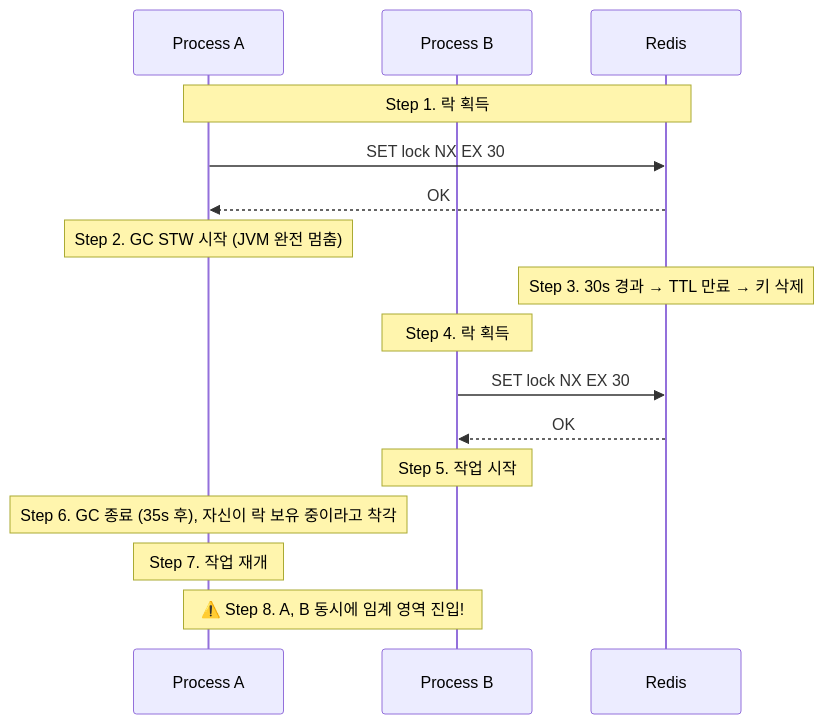
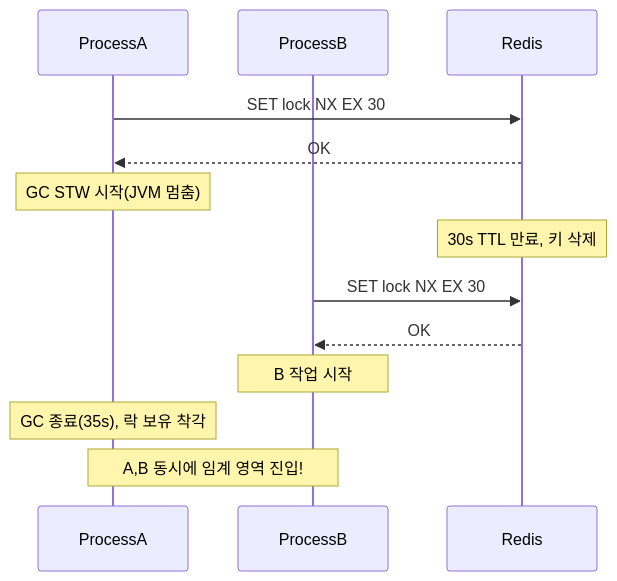
Before and after one commit to yjkim2015/yjkim2015.github.io: diagram 14 of 15 in _posts/redis/2026-05-01-redis-distributed-lock.md, drawn with Mermaid. The commit also changed other lines of this file and 215 other files, not shown here.

First line of the commit message:
신규 포스트 10개 추가 + Mermaid 전면 축소 + SystemDesign 시리즈 보강

````diff
--- a/_posts/redis/2026-05-01-redis-distributed-lock.md
+++ b/_posts/redis/2026-05-01-redis-distributed-lock.md
@@ -859,23 +758,15 @@
 ```mermaid
 sequenceDiagram
-    participant A as Process A
-    participant B as Process B
+    participant A as ProcessA
+    participant B as ProcessB
     participant R as Redis
-
-    Note over A,R: Step 1. 락 획득
     A->>R: SET lock NX EX 30
     R-->>A: OK
-
-    Note over A: Step 2. GC STW 시작 (JVM 완전 멈춤)
-    Note over R: Step 3. 30s 경과 → TTL 만료 → 키 삭제
-
-    Note over B: Step 4. 락 획득
+    Note over A: GC STW 시작(JVM 멈춤)
+    Note over R: 30s TTL 만료, 키 삭제
     B->>R: SET lock NX EX 30
     R-->>B: OK
-    Note over B: Step 5. 작업 시작
-
-    Note over A: Step 6. GC 종료 (35s 후), 자신이 락 보유 중이라고 착각
-    Note over A: Step 7. 작업 재개
-
-    Note over A,B: ⚠️ Step 8. A, B 동시에 임계 영역 진입!
+    Note over B: B 작업 시작
+    Note over A: GC 종료(35s), 락 보유 착각
+    Note over A,B: A,B 동시에 임계 영역 진입!
 ```
````
